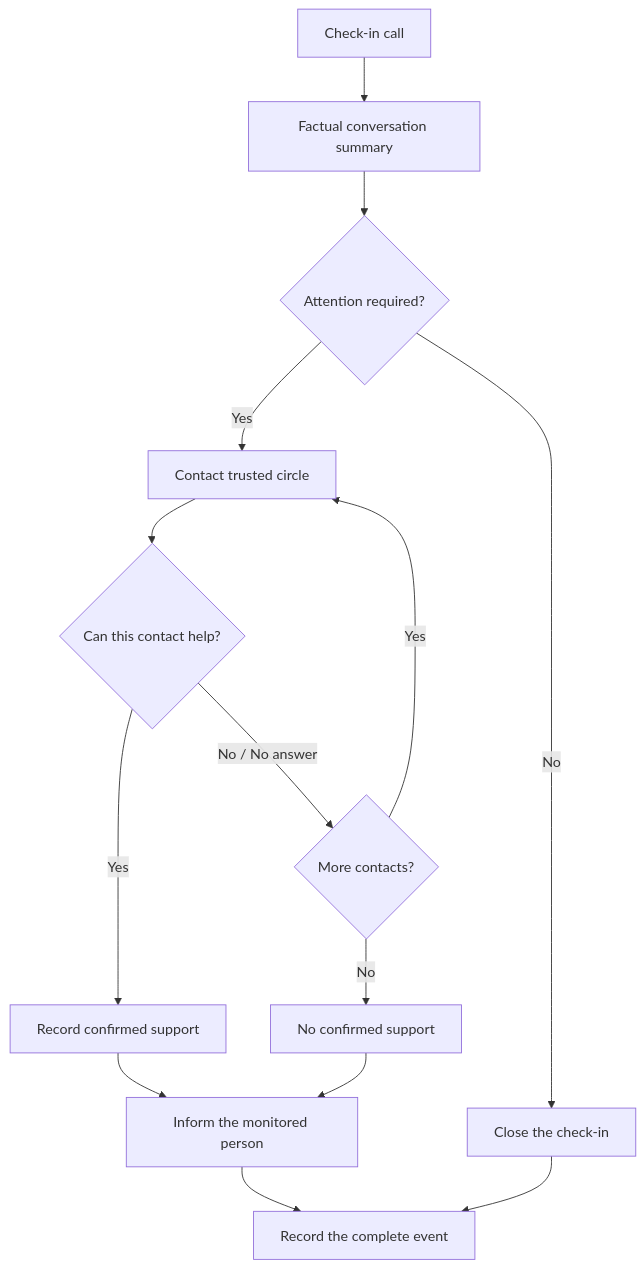
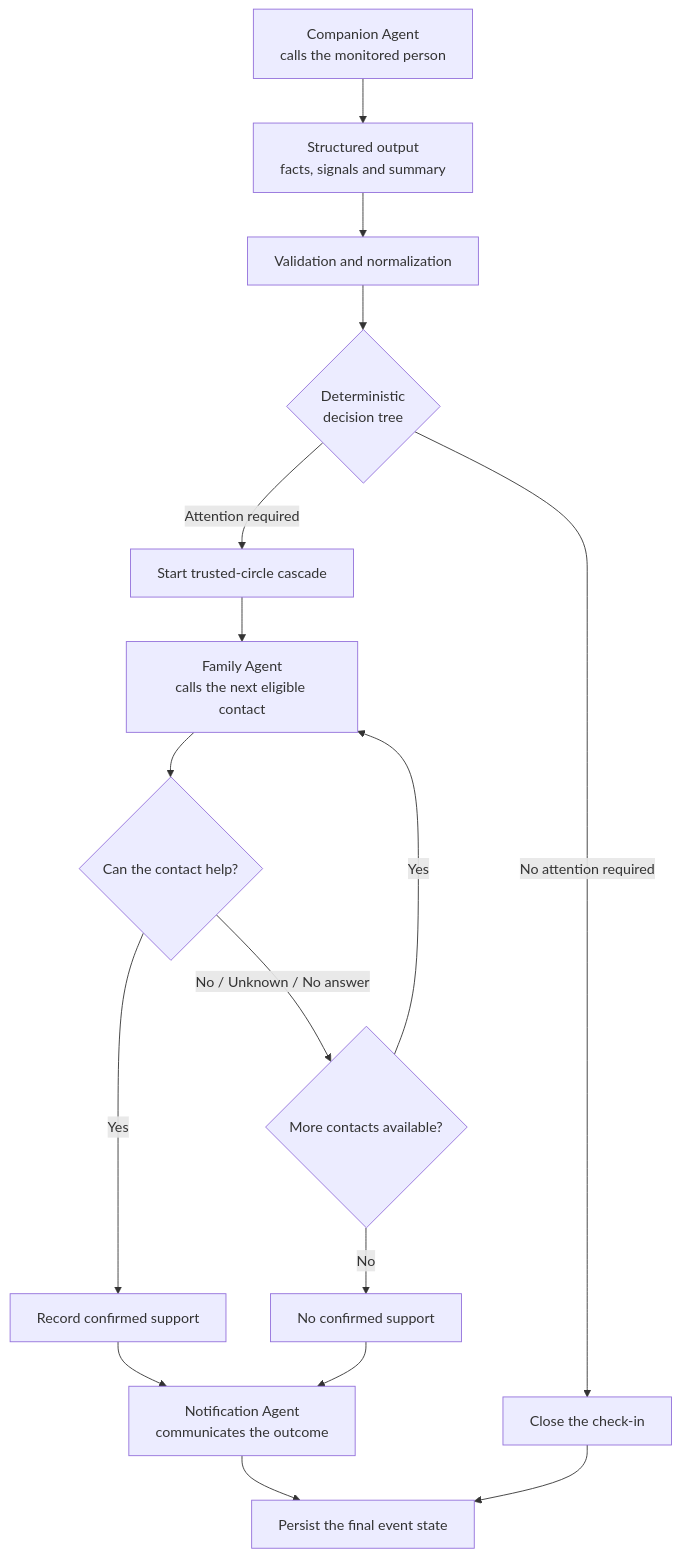
The first of 4 diagrams in README.md (JuriSOK/kincall), drawn with Mermaid before and after one commit. The commit also changed other lines of this file, not shown here.

````diff
--- a/README.md
+++ b/README.md
@@ -41,21 +67,25 @@
 ```mermaid
 flowchart TD
-    A["Check-in call"] --> B["Factual conversation summary"]
-    B --> C{"Attention required?"}
+    A["Companion Agent<br/>calls the monitored person"] --> B["Structured output<br/>facts, signals and summary"]
 
-    C -->|"No"| D["Close the check-in"]
-    C -->|"Yes"| E["Contact trusted circle"]
+    B --> C["Validation and normalization"]
+    C --> D{"Deterministic<br/>decision tree"}
 
-    E --> F{"Can this contact help?"}
-    F -->|"Yes"| G["Record confirmed support"]
-    F -->|"No / No answer"| H{"More contacts?"}
+    D -->|"No attention required"| E["Close the check-in"]
+    D -->|"Attention required"| F["Start trusted-circle cascade"]
 
-    H -->|"Yes"| E
-    H -->|"No"| I["No confirmed support"]
+    F --> G["Family Agent<br/>calls the next eligible contact"]
+    G --> H{"Can the contact help?"}
 
-    G --> J["Inform the monitored person"]
-    I --> J
+    H -->|"Yes"| I["Record confirmed support"]
+    H -->|"No / Unknown / No answer"| J{"More contacts available?"}
 
-    J --> K["Record the complete event"]
-    D --> K
+    J -->|"Yes"| G
+    J -->|"No"| K["No confirmed support"]
+
+    I --> L["Notification Agent<br/>communicates the outcome"]
+    K --> L
+
+    L --> M["Persist the final event state"]
+    E --> M
 ```
````
